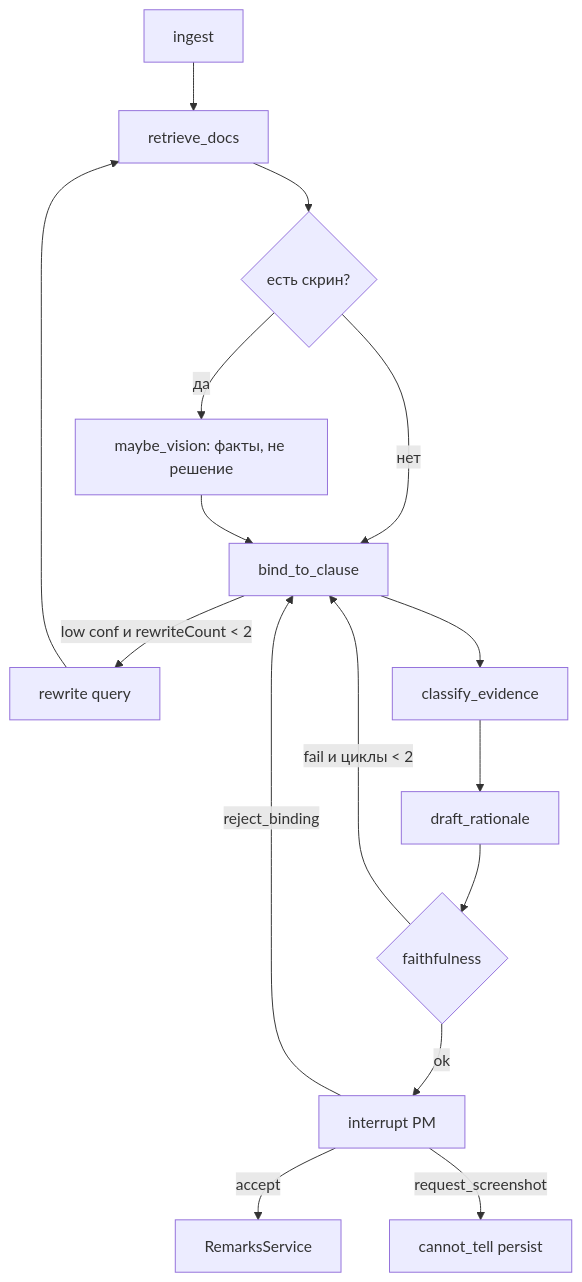
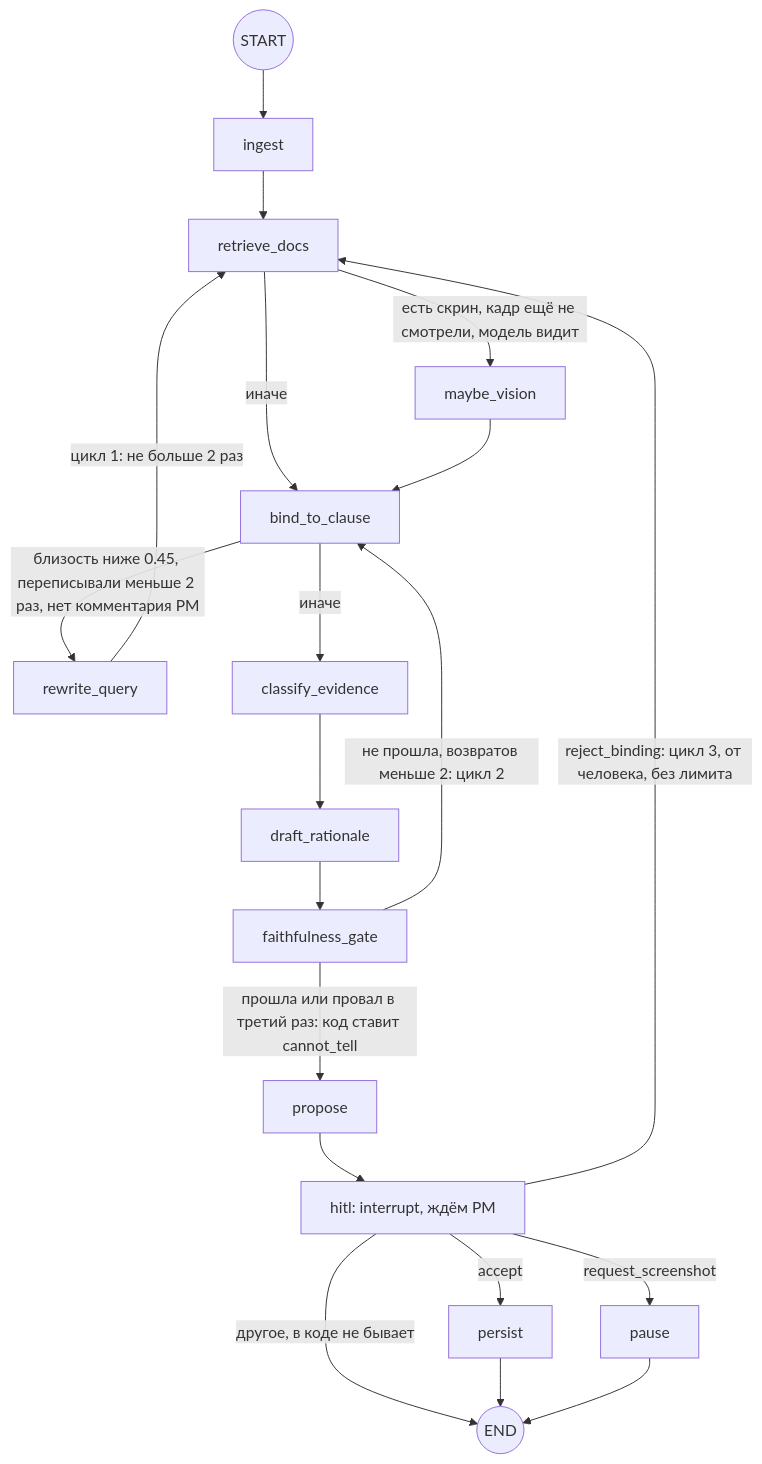
Before and after one commit to Dunenbetov/remark-round: the first of 2 diagrams in docs/GRAPH.md, drawn with Mermaid. The commit also changed other lines of this file and 6 other files, not shown here.

````diff
--- a/docs/GRAPH.md
+++ b/docs/GRAPH.md
@@ -31,18 +59,22 @@
 ```mermaid
 flowchart TD
-  ingest[ingest] --> retrieve[retrieve_docs]
-  retrieve --> vision{есть скрин?}
-  vision -->|да| facts[maybe_vision: факты, не решение]
-  vision -->|нет| bind
-  facts --> bind[bind_to_clause]
-  bind -->|low conf и rewriteCount < 2| rewrite[rewrite query]
-  rewrite --> retrieve
-  bind --> classify[classify_evidence]
-  classify --> draft[draft_rationale]
-  draft --> faith{faithfulness}
-  faith -->|fail и циклы < 2| bind
-  faith -->|ok| hitl[interrupt PM]
-  hitl -->|accept| persist[RemarksService]
-  hitl -->|reject_binding| bind
-  hitl -->|request_screenshot| pause[cannot_tell persist]
+  start0(("START")) --> ingest["ingest"]
+  ingest --> retrieve["retrieve_docs"]
+  retrieve -->|"есть скрин, кадр ещё не смотрели, модель видит"| vision["maybe_vision"]
+  retrieve -->|"иначе"| bind["bind_to_clause"]
+  vision --> bind
+  bind -->|"близость ниже 0.45, переписывали меньше 2 раз, нет комментария PM"| rewrite["rewrite_query"]
+  rewrite -->|"цикл 1: не больше 2 раз"| retrieve
+  bind -->|"иначе"| classify["classify_evidence"]
+  classify --> draft["draft_rationale"]
+  draft --> faith["faithfulness_gate"]
+  faith -->|"не прошла, возвратов меньше 2: цикл 2"| bind
+  faith -->|"прошла или провал в третий раз: код ставит cannot_tell"| propose["propose"]
+  propose --> hitl["hitl: interrupt, ждём PM"]
+  hitl -->|"accept"| persist["persist"]
+  hitl -->|"reject_binding: цикл 3, от человека, без лимита"| retrieve
+  hitl -->|"request_screenshot"| pause["pause"]
+  hitl -->|"другое, в коде не бывает"| stop0(("END"))
+  persist --> stop0
+  pause --> stop0
 ```
````
